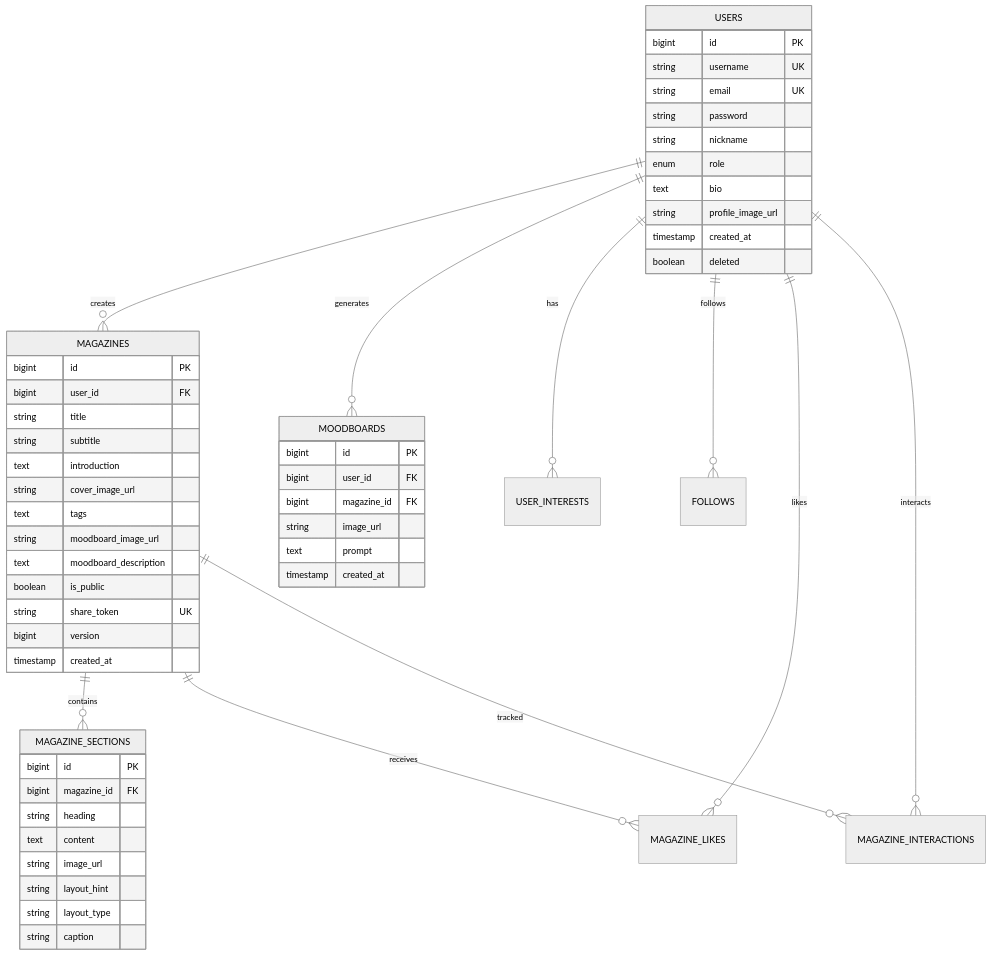
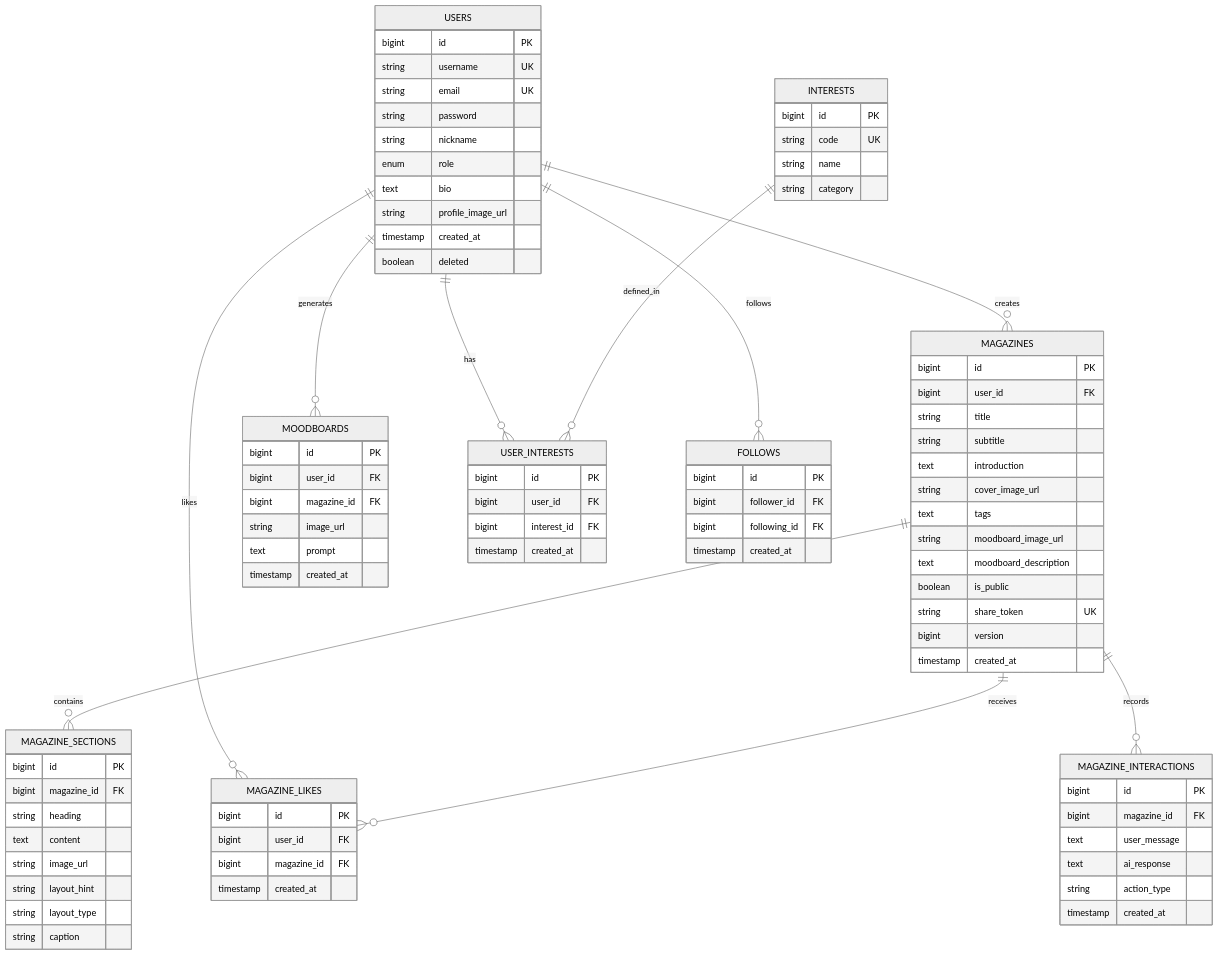
Before and after one commit to Jangjimin9766/Mine_server: the second of 2 diagrams in README.md, drawn with Mermaid (neutral theme). The commit also changed other lines of this file, not shown here.

Commit message:
fix(docs): correct markdown syntax for code block termination

````diff
--- a/README.md
+++ b/README.md
@@ -463,10 +463,10 @@
     USERS ||--o{ USER_INTERESTS : has
     USERS ||--o{ FOLLOWS : follows
     USERS ||--o{ MAGAZINE_LIKES : likes
-    USERS ||--o{ MAGAZINE_INTERACTIONS : interacts
     MAGAZINES ||--o{ MAGAZINE_SECTIONS : contains
     MAGAZINES ||--o{ MAGAZINE_LIKES : receives
-    MAGAZINES ||--o{ MAGAZINE_INTERACTIONS : tracked
+    MAGAZINES ||--o{ MAGAZINE_INTERACTIONS : records
+    INTERESTS ||--o{ USER_INTERESTS : defined_in
     
     USERS {
         bigint id PK
@@ -516,4 +516,41 @@
         text prompt
         timestamp created_at
     }
+
+    MAGAZINE_INTERACTIONS {
+        bigint id PK
+        bigint magazine_id FK
+        text user_message
+        text ai_response
+        string action_type
+        timestamp created_at
+    }
+
+    MAGAZINE_LIKES {
+        bigint id PK
+        bigint user_id FK
+        bigint magazine_id FK
+        timestamp created_at
+    }
+
+    FOLLOWS {
+        bigint id PK
+        bigint follower_id FK
+        bigint following_id FK
+        timestamp created_at
+    }
+
+    USER_INTERESTS {
+        bigint id PK
+        bigint user_id FK
+        bigint interest_id FK
+        timestamp created_at
+    }
+
+    INTERESTS {
+        bigint id PK
+        string code UK
+        string name
+        string category
+    }
 ```
````
